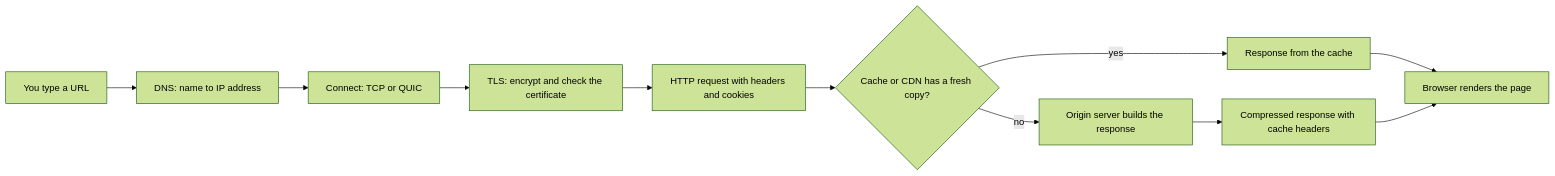
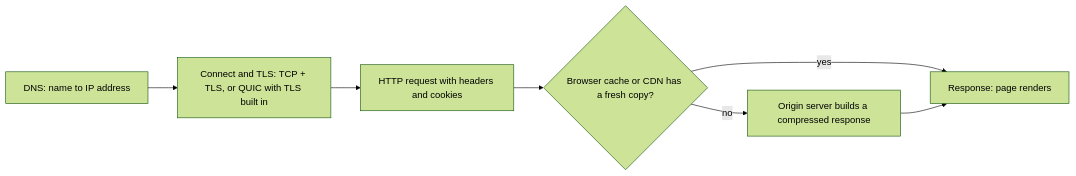
Before and after one commit to lakshay-testsigma/notes_management: the diagram in vault/frontend-engineering/how-the-web-works/internet-and-networking/visuals/assets/how-it-works-internet-and-networking.mmd, drawn with Mermaid (forest theme). The commit also changed 40 other files, not shown here.

```diff
--- a/vault/frontend-engineering/how-the-web-works/internet-and-networking/visuals/assets/how-it-works-internet-and-networking.mmd
+++ b/vault/frontend-engineering/how-the-web-works/internet-and-networking/visuals/assets/how-it-works-internet-and-networking.mmd
@@ -1,11 +1,7 @@
 flowchart LR
-  U[You type a URL] --> D[DNS: name to IP address]
-  D --> C[Connect: TCP or QUIC]
-  C --> T[TLS: encrypt and check the certificate]
-  T --> R[HTTP request with headers and cookies]
-  R --> K{Cache or CDN has a fresh copy?}
-  K -- yes --> P[Response from the cache]
-  K -- no --> S[Origin server builds the response]
-  S --> P2[Compressed response with cache headers]
-  P --> B[Browser renders the page]
-  P2 --> B
+  D[DNS: name to IP address] --> C[Connect and TLS: TCP + TLS, or QUIC with TLS built in]
+  C --> R[HTTP request with headers and cookies]
+  R --> K{Browser cache or CDN has a fresh copy?}
+  K -- yes --> P[Response: page renders]
+  K -- no --> S[Origin server builds a compressed response]
+  S --> P
```
